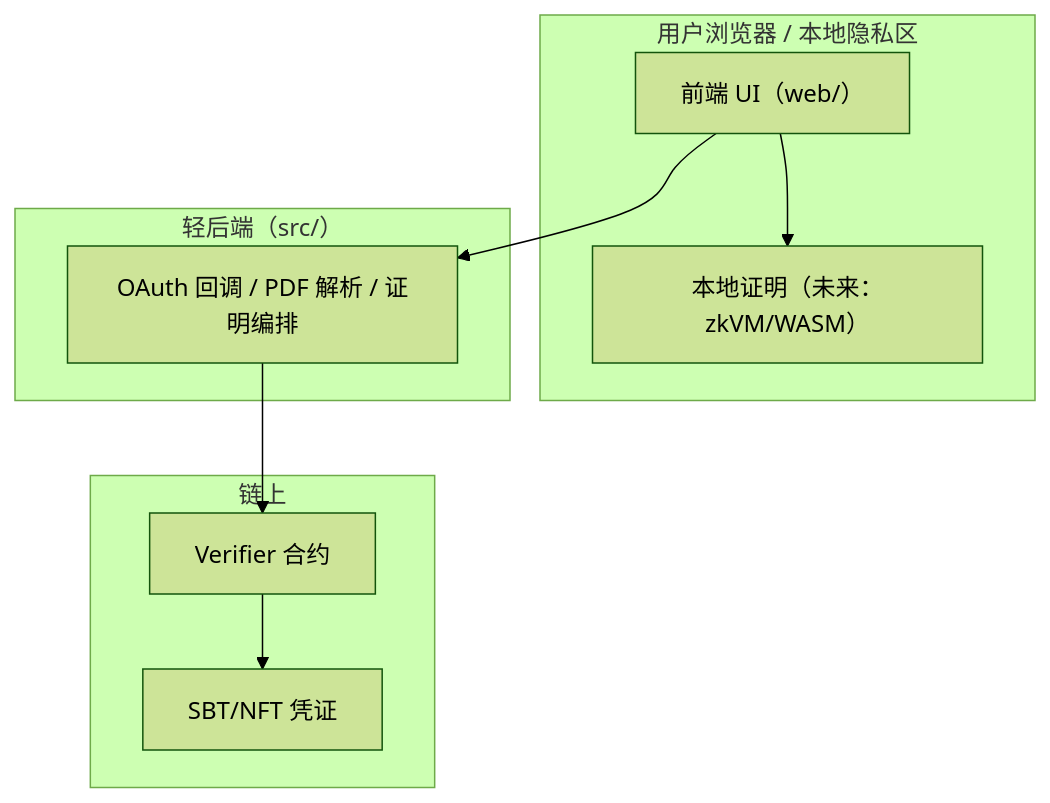
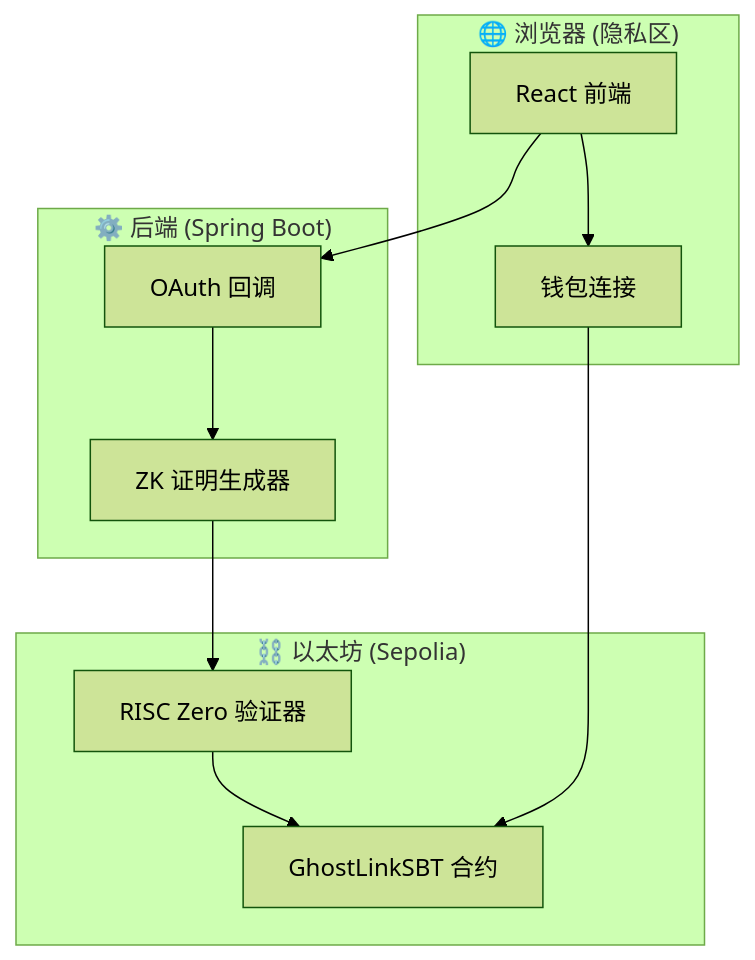
Before and after one commit to kyp2022/ghostlink: the diagram in README.zh-CN.md, drawn with Mermaid (forest theme). The commit also changed other lines of this file and 12 other files, not shown here.

````diff
--- a/README.zh-CN.md
+++ b/README.zh-CN.md
@@ -54,18 +86,24 @@
 ```mermaid
 graph TD
-  subgraph Browser["用户浏览器 / 本地隐私区"]
-    UI["前端 UI（web/）"]
-    Prover["本地证明（未来：zkVM/WASM）"]
-    UI --> Prover
-  end
-  subgraph Backend["轻后端（src/）"]
-    API["OAuth 回调 / PDF 解析 / 证明编排"]
-  end
-  subgraph Chain["链上"]
-    Verifier["Verifier 合约"]
-    SBT["SBT/NFT 凭证"]
+    subgraph Browser["🌐 浏览器 (隐私区)"]
+        UI["React 前端"]
+        Wallet["钱包连接"]
+    end
+    
+    subgraph Backend["⚙️ 后端 (Spring Boot)"]
+        OAuth["OAuth 回调"]
+        Prover["ZK 证明生成器"]
+    end
+    
+    subgraph Chain["⛓️ 以太坊 (Sepolia)"]
+        Verifier["RISC Zero 验证器"]
+        SBT["GhostLinkSBT 合约"]
+    end
+    
+    UI --> Wallet
+    UI --> OAuth
+    OAuth --> Prover
+    Prover --> Verifier
     Verifier --> SBT
-  end
-  UI --> API
-  API --> Verifier
+    Wallet --> SBT
 ```
````
